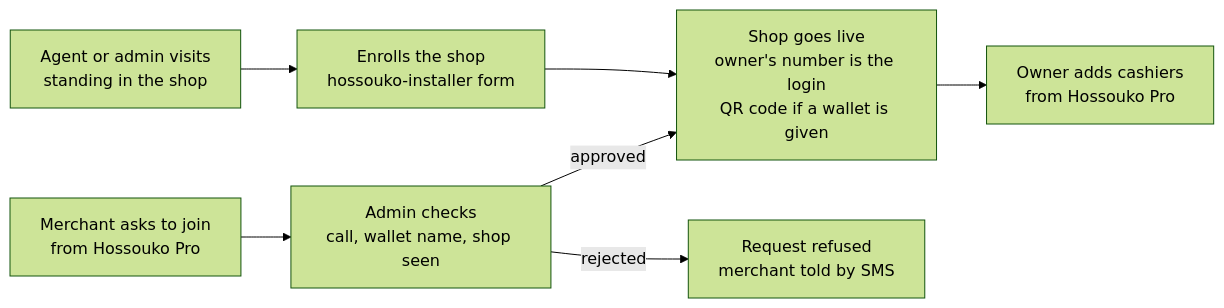
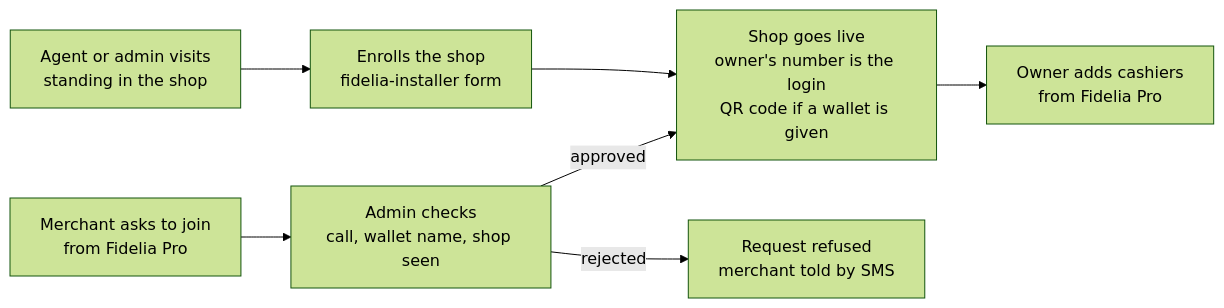
One commit to giss1408/djassa-BE changed the diagram in docs/technical/ENROLLMENT.md. Above: the diagram before and after it, drawn with Mermaid (forest theme). The commit also changed other lines of this file and 142 other files, not shown here.

First line of the commit message:
Rename Hossouko to Fidelia

````diff
--- a/docs/technical/ENROLLMENT.md
+++ b/docs/technical/ENROLLMENT.md
@@ -52,9 +52,9 @@
 ```mermaid
 flowchart LR
-  visit[Agent or admin visits<br/>standing in the shop] --> enrol[Enrolls the shop<br/>hossouko-installer form]
-  ask[Merchant asks to join<br/>from Hossouko Pro] --> checks[Admin checks<br/>call, wallet name, shop seen]
+  visit[Agent or admin visits<br/>standing in the shop] --> enrol[Enrolls the shop<br/>fidelia-installer form]
+  ask[Merchant asks to join<br/>from Fidelia Pro] --> checks[Admin checks<br/>call, wallet name, shop seen]
   enrol --> live[Shop goes live<br/>owner's number is the login<br/>QR code if a wallet is given]
   checks -- approved --> live
   checks -- rejected --> refused[Request refused<br/>merchant told by SMS]
-  live --> cashiers[Owner adds cashiers<br/>from Hossouko Pro]
+  live --> cashiers[Owner adds cashiers<br/>from Fidelia Pro]
 ```
````
